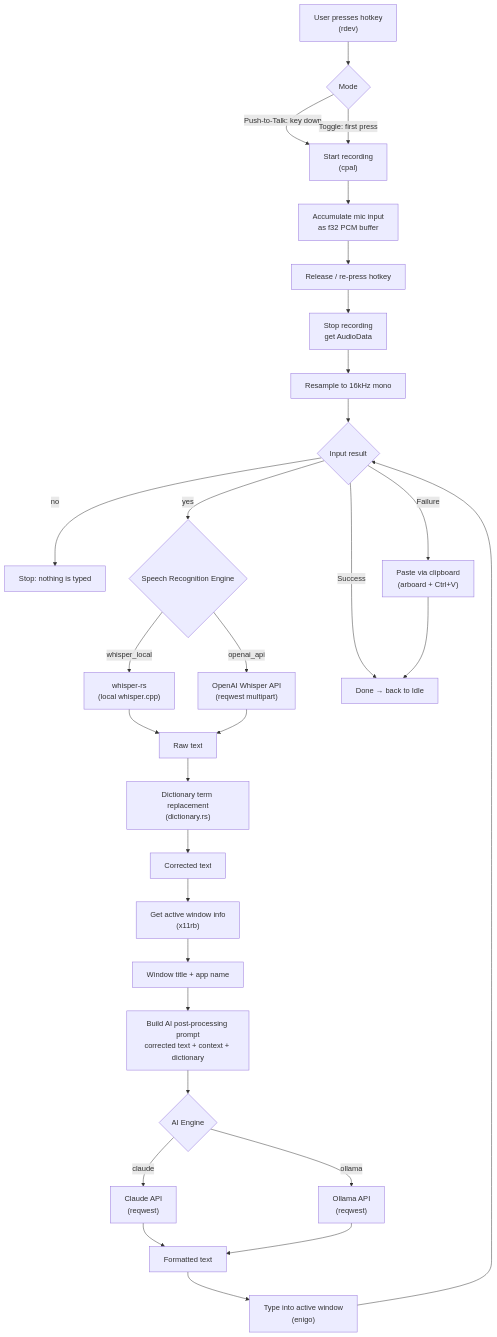
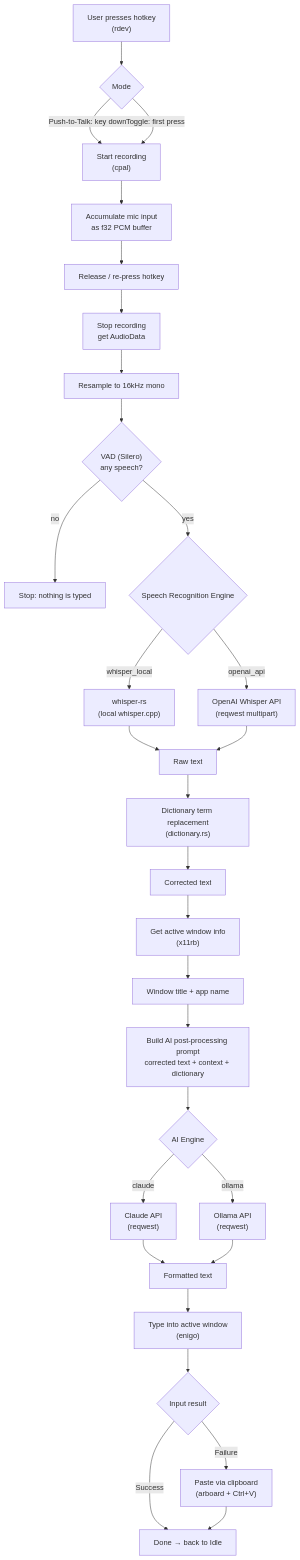
Before and after one commit to shuhei0866/koe: the first of 2 diagrams in README.md, drawn with Mermaid. The commit also changed 1 other file, not shown here.

Commit message:
fix: address review on VAD
- 合図の音を鳴らさないとき（ignore_ms = 0）は、区間を何も捨てない。
  録音が speech_pad_ms より短いと、発話が捨てられていた
- whisper.cpp に渡す時間を 10 秒までに抑える（int の掛け算のオーバーフロー対策）
- README の Mermaid で、VAD の判定のノード ID が既存の V と重なっていたので VD に変えた

````diff
--- a/README.md
+++ b/README.md
@@ -51,42 +51,42 @@
 ```mermaid
 flowchart TD
     A["User presses hotkey\n(rdev)"] --> B{Mode}
     B -->|Push-to-Talk: key down| C["Start recording\n(cpal)"]
     B -->|Toggle: first press| C
 
     C --> D["Accumulate mic input\nas f32 PCM buffer"]
     D --> E["Release / re-press hotkey"]
     E --> F["Stop recording\nget AudioData"]
 
     F --> G["Resample to 16kHz mono"]
 
-    G --> V{"VAD (Silero)\nany speech?"}
-    V -->|no| V0["Stop: nothing is typed"]
-    V -->|yes| H{Speech Recognition Engine}
+    G --> VD{"VAD (Silero)\nany speech?"}
+    VD -->|no| VD0["Stop: nothing is typed"]
+    VD -->|yes| H{Speech Recognition Engine}
     H -->|whisper_local| I["whisper-rs\n(local whisper.cpp)"]
     H -->|openai_api| J["OpenAI Whisper API\n(reqwest multipart)"]
 
     I --> K["Raw text"]
     J --> K
 
     K --> L["Dictionary term replacement\n(dictionary.rs)"]
     L --> M["Corrected text"]
 
     M --> N["Get active window info\n(x11rb)"]
     N --> O["Window title + app name"]
 
     O --> P["Build AI post-processing prompt\ncorrected text + context + dictionary"]
 
     P --> Q{AI Engine}
     Q -->|claude| R["Claude API\n(reqwest)"]
     Q -->|ollama| S["Ollama API\n(reqwest)"]
 
     R --> T["Formatted text"]
     S --> T
 
     T --> U["Type into active window\n(enigo)"]
     U --> V{Input result}
     V -->|Success| W["Done → back to Idle"]
     V -->|Failure| X["Paste via clipboard\n(arboard + Ctrl+V)"]
     X --> W
 ```
````
